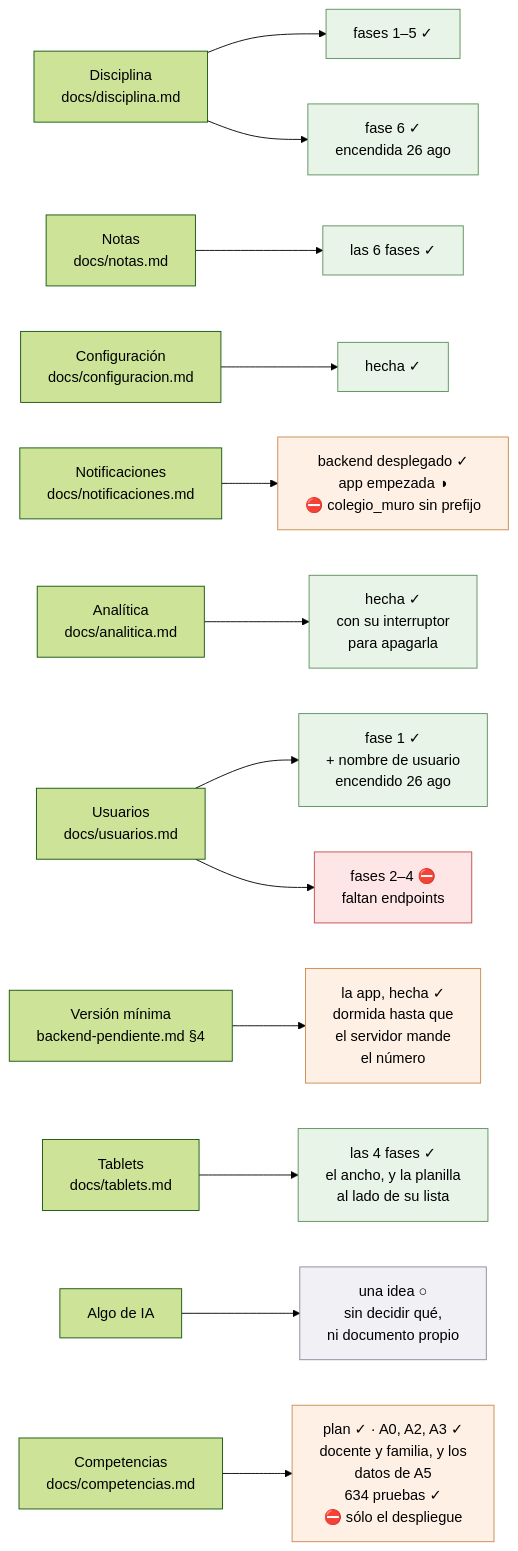
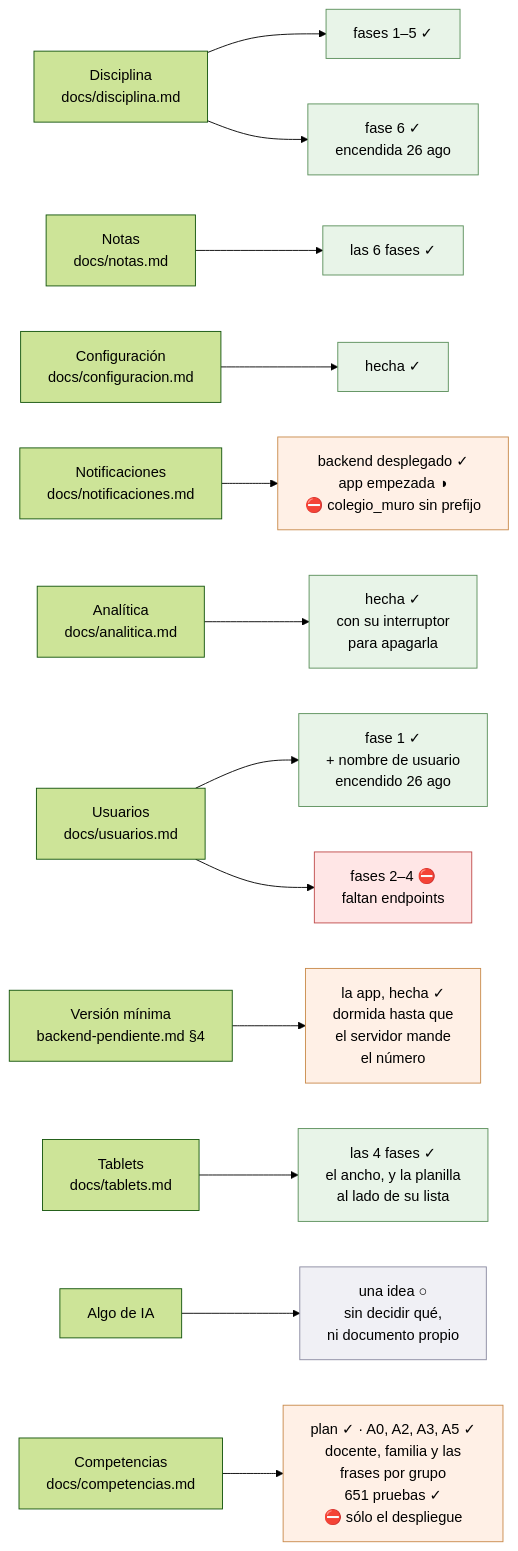
Before and after one commit to bluesky777/myvc_flutter: the diagram in docs/estado.md, drawn with Mermaid (forest theme). The commit also changed other lines of this file and 6 other files, not shown here.

````diff
--- a/docs/estado.md
+++ b/docs/estado.md
@@ -71,28 +71,28 @@
 ```mermaid
 flowchart LR
     D["Disciplina<br/>docs/disciplina.md"] --> D5["fases 1–5 ✓"]
     D --> D6["fase 6 ✓<br/>encendida 26 ago"]
     N["Notas<br/>docs/notas.md"] --> N4["las 6 fases ✓"]
     C["Configuración<br/>docs/configuracion.md"] --> C0["hecha ✓"]
     P["Notificaciones<br/>docs/notificaciones.md"] --> P0["backend desplegado ✓<br/>app empezada ◑<br/>⛔ colegio_muro sin prefijo"]
     A["Analítica<br/>docs/analitica.md"] --> A0["hecha ✓<br/>con su interruptor<br/>para apagarla"]
     U["Usuarios<br/>docs/usuarios.md"] --> U1["fase 1 ✓<br/>+ nombre de usuario<br/>encendido 26 ago"]
     U --> U2["fases 2–4 ⛔<br/>faltan endpoints"]
     V["Versión mínima<br/>backend-pendiente.md §4"] --> V1["la app, hecha ✓<br/>dormida hasta que<br/>el servidor mande<br/>el número"]
     T["Tablets<br/>docs/tablets.md"] --> T0["las 4 fases ✓<br/>el ancho, y la planilla<br/>al lado de su lista"]
     I["Algo de IA"] --> I0["una idea ○<br/>sin decidir qué,<br/>ni documento propio"]
-    K["Competencias<br/>docs/competencias.md"] --> K0["plan ✓ · A0, A2, A3 ✓<br/>docente y familia, y los<br/>datos de A5<br/>634 pruebas ✓<br/>⛔ sólo el despliegue"]
+    K["Competencias<br/>docs/competencias.md"] --> K0["plan ✓ · A0, A2, A3, A5 ✓<br/>docente, familia y las<br/>frases por grupo<br/>651 pruebas ✓<br/>⛔ sólo el despliegue"]
 
     style D5 fill:#e8f4e8,stroke:#5a8f5a
     style N4 fill:#e8f4e8,stroke:#5a8f5a
     style D6 fill:#e8f4e8,stroke:#5a8f5a
     style P0 fill:#fff0e6,stroke:#c98a4b
     style C0 fill:#e8f4e8,stroke:#5a8f5a
     style A0 fill:#e8f4e8,stroke:#5a8f5a
     style U1 fill:#e8f4e8,stroke:#5a8f5a
     style U2 fill:#ffe6e6,stroke:#c04b4b
     style V1 fill:#fff0e6,stroke:#c98a4b
     style T0 fill:#e8f4e8,stroke:#5a8f5a
     style I0 fill:#f0f0f5,stroke:#8a8aa0
     style K0 fill:#fff0e6,stroke:#c98a4b
 ```
````
